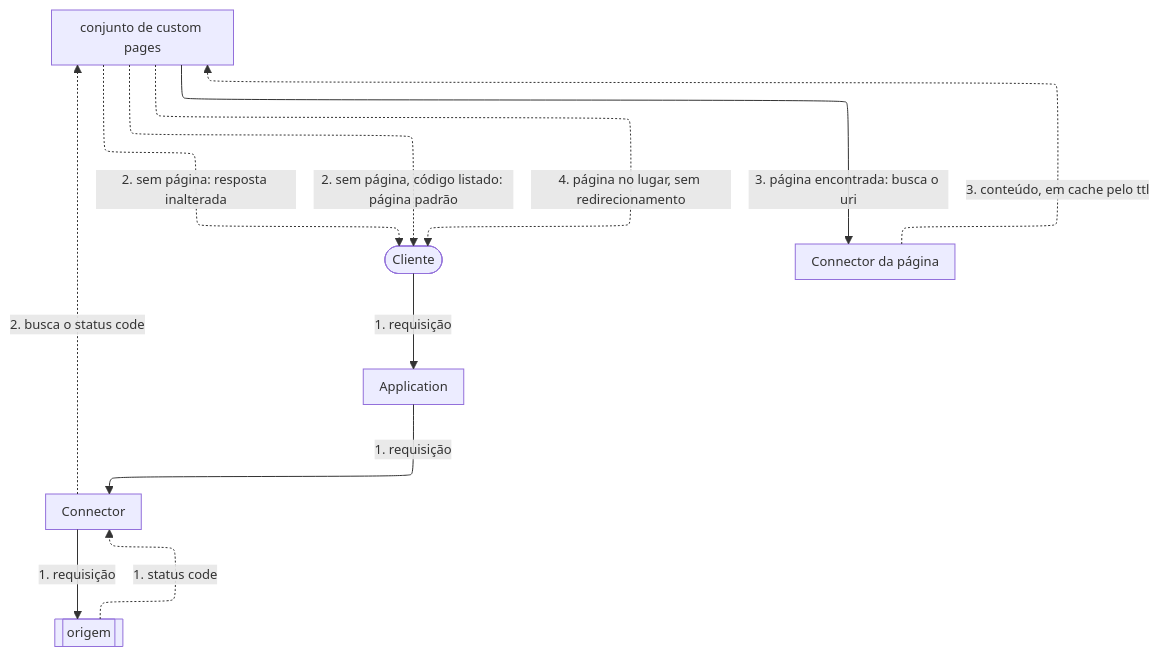
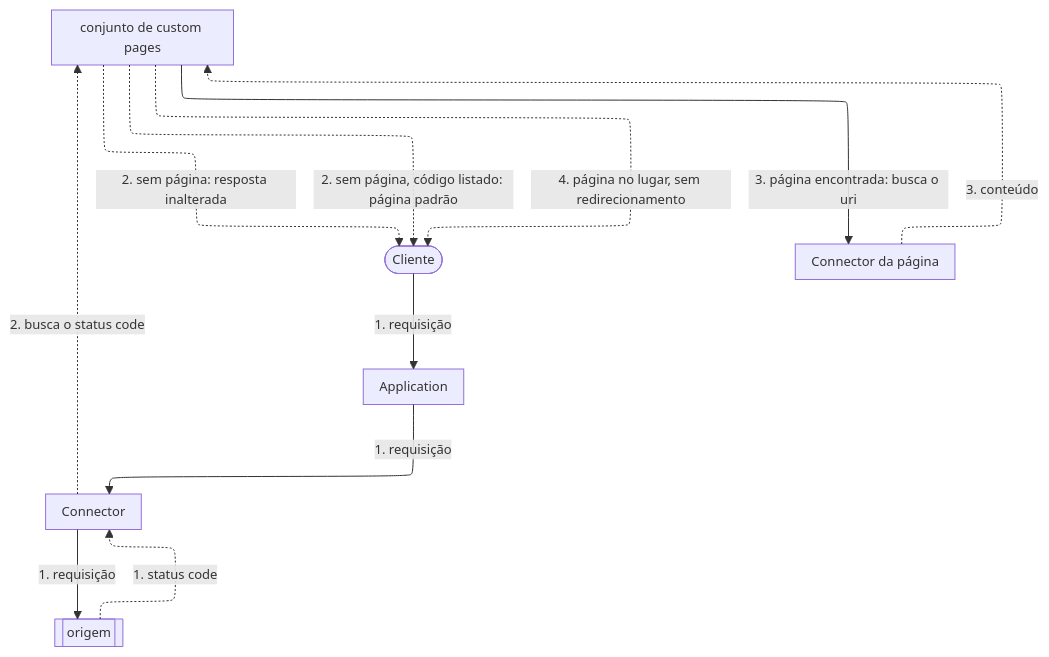
The fourth of 5 diagrams in apps/docs/src/content/docs/pt-br/pages/secure/workloads/como-funciona.mdx (aziontech/docs), drawn with Mermaid before and after one commit. The commit also changed other lines of this file and 19 other files, not shown here.

````diff
--- a/apps/docs/src/content/docs/pt-br/pages/secure/workloads/como-funciona.mdx
+++ b/apps/docs/src/content/docs/pt-br/pages/secure/workloads/como-funciona.mdx
@@ -252,20 +252,20 @@
 ```mermaid
 %%{init: {"layout": "elk", "elk": {"preset": "modelOrder", "keepEntryNodeOnTop": true}, "themeVariables": {"fontSize": "13px"}, "flowchart": {"nodeSpacing": 24, "rankSpacing": 36, "padding": 8, "wrappingWidth": 150, "useMaxWidth": true}, "sequence": {"width": 120, "actorMargin": 30, "useMaxWidth": true}}}%%
 flowchart TD
   Client(["Cliente"])
   App["Application"]
   Conn["Connector"]
   Origin[["origem"]]
   Set["conjunto de custom pages"]
   PConn["Connector da página"]
   Client -->|"1. requisição"| App
   App -->|"1. requisição"| Conn
   Conn -->|"1. requisição"| Origin
   Origin -.->|"1. status code"| Conn
   Conn -.->|"2. busca o status code"| Set
   Set -.->|"2. sem página: resposta inalterada"| Client
   Set -.->|"2. sem página, código listado: página padrão"| Client
   Set -->|"3. página encontrada: busca o uri"| PConn
-  PConn -.->|"3. conteúdo, em cache pelo ttl"| Set
+  PConn -.->|"3. conteúdo"| Set
   Set -.->|"4. página no lugar, sem redirecionamento"| Client
 ```
````
